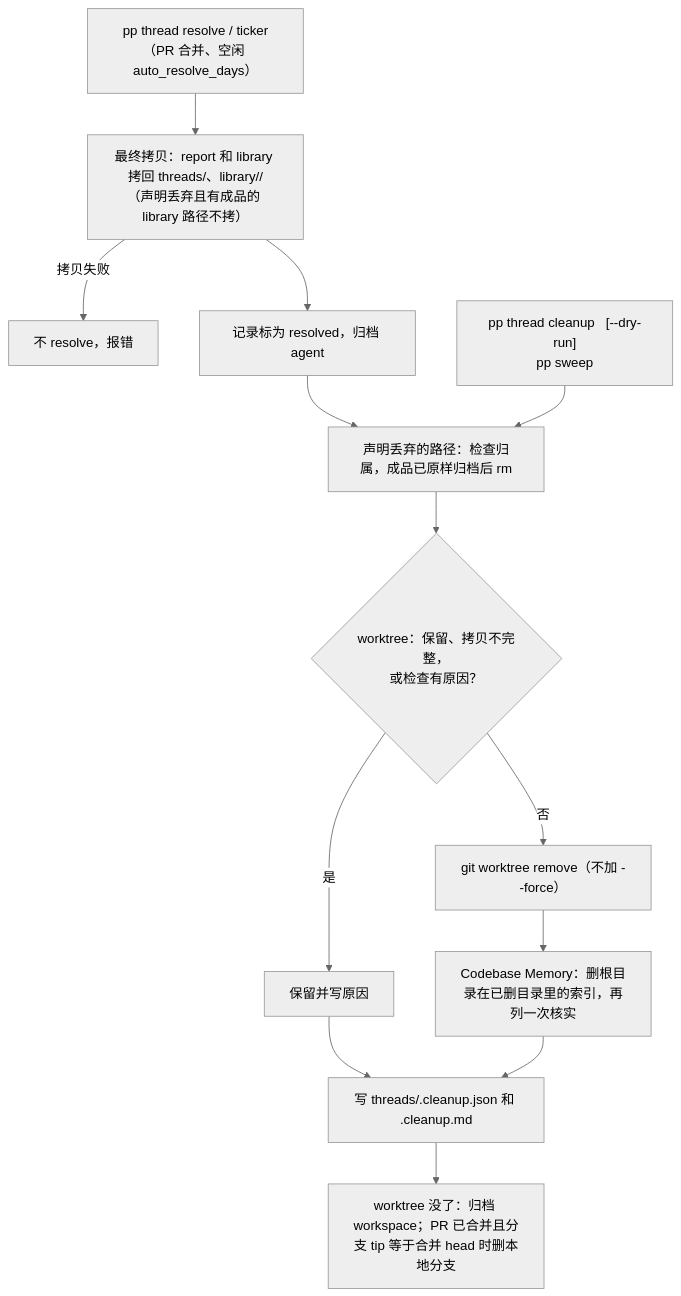
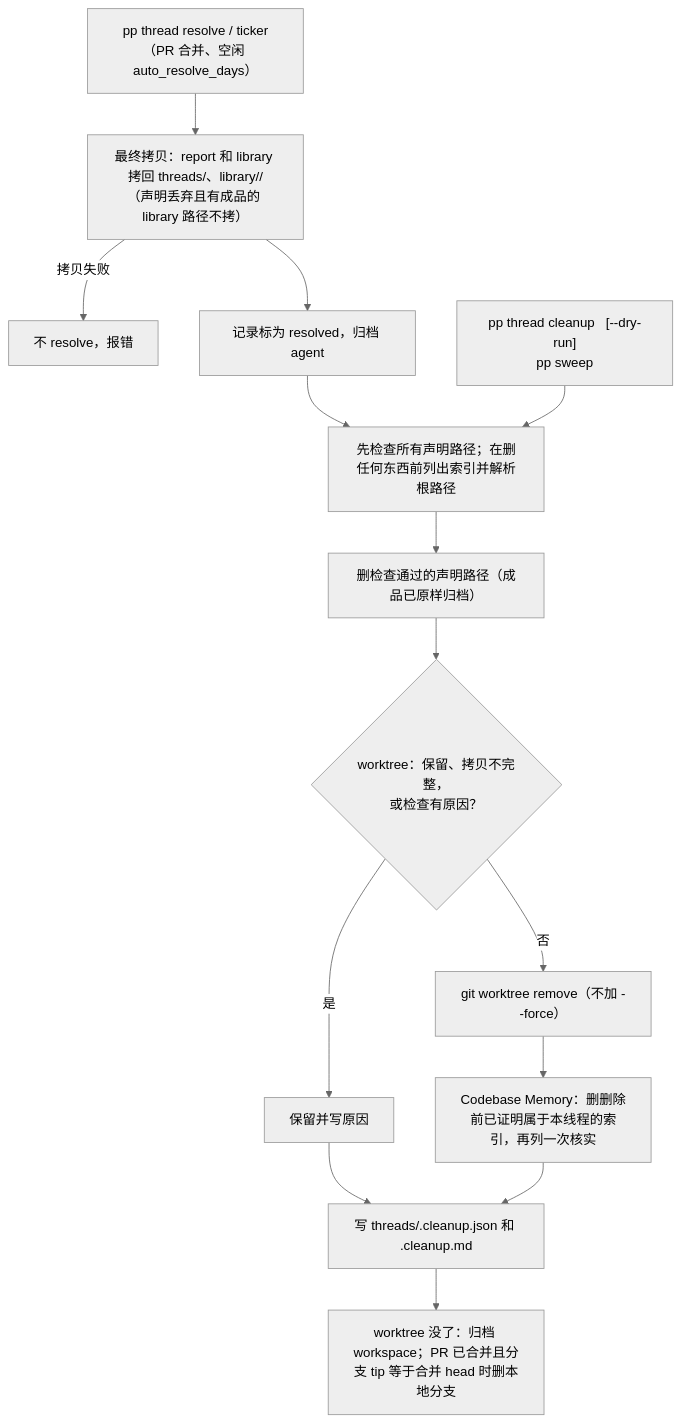
The diagram in docs/cleanup.md (ayamir/paseo-projects), drawn with Mermaid (neutral theme) before and after one commit. The commit also changed other lines of this file and 2 other files, not shown here.

First line of the commit message:
cleanup: 统一归属不变量，修复复审的四个可达问题

````diff
--- a/docs/cleanup.md
+++ b/docs/cleanup.md
@@ -7,15 +17,17 @@
 ```mermaid
 flowchart TD
   R["pp thread resolve / ticker（PR 合并、空闲 auto_resolve_days）"] --> C["最终拷贝：report 和 library 拷回 threads/、library/<id>/<br/>（声明丢弃且有成品的 library 路径不拷）"]
   C -->|拷贝失败| X["不 resolve，报错"]
   C --> S["记录标为 resolved，归档 agent"]
-  S --> D["声明丢弃的路径：检查归属，成品已原样归档后 rm"]
+  D["删检查通过的声明路径（成品已原样归档）"]
+  P["先检查所有声明路径；在删任何东西前列出索引并解析根路径"]
+  S --> P --> D
   D --> W{"worktree：保留、拷贝不完整，<br/>或检查有原因？"}
   W -->|是| K["保留并写原因"]
   W -->|否| G["git worktree remove（不加 --force）"]
-  G --> I["Codebase Memory：删根目录在已删目录里的索引，再列一次核实"]
+  G --> I["Codebase Memory：删删除前已证明属于本线程的索引，再列一次核实"]
   K --> M["写 threads/<id>.cleanup.json 和 .cleanup.md"]
   I --> M
   M --> B["worktree 没了：归档 workspace；PR 已合并且分支 tip 等于合并 head 时删本地分支"]
-  RT["pp thread cleanup <slug> <id> [--dry-run]<br/>pp sweep"] --> D
+  RT["pp thread cleanup <slug> <id> [--dry-run]<br/>pp sweep"] --> P
 ```
````
